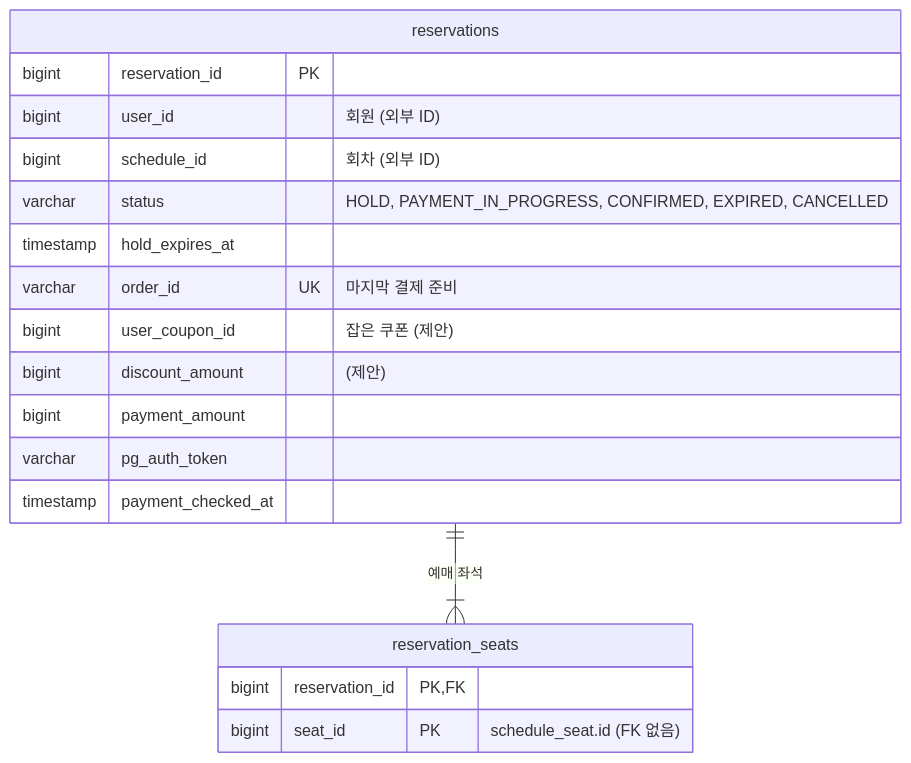
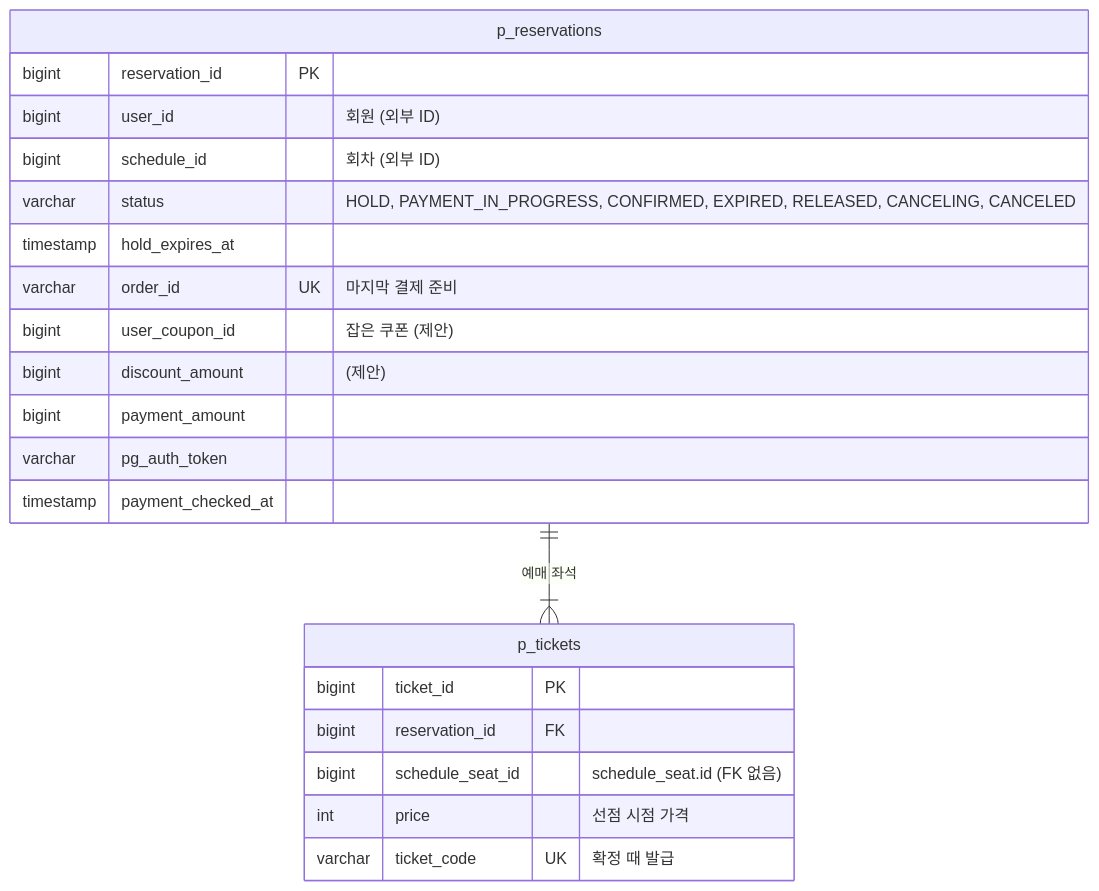
The diagram in docs/reservation/tables.md (Good-Ticket-Service/ticket), drawn with Mermaid before and after one commit. The commit also changed other lines of this file and 3 other files, not shown here.

````diff
--- a/docs/reservation/tables.md
+++ b/docs/reservation/tables.md
@@ -10,23 +10,26 @@
 ```mermaid
 erDiagram
-    reservations ||--|{ reservation_seats : "예매 좌석"
+    p_reservations ||--|{ p_tickets : "예매 좌석"
 
-    reservations {
+    p_reservations {
         bigint reservation_id PK
         bigint user_id "회원 (외부 ID)"
         bigint schedule_id "회차 (외부 ID)"
-        varchar status "HOLD, PAYMENT_IN_PROGRESS, CONFIRMED, EXPIRED, CANCELLED"
+        varchar status "HOLD, PAYMENT_IN_PROGRESS, CONFIRMED, EXPIRED, RELEASED, CANCELING, CANCELED"
         timestamp hold_expires_at
         varchar order_id UK "마지막 결제 준비"
         bigint user_coupon_id "잡은 쿠폰 (제안)"
         bigint discount_amount "(제안)"
         bigint payment_amount
         varchar pg_auth_token
         timestamp payment_checked_at
     }
 
-    reservation_seats {
-        bigint reservation_id PK, FK
-        bigint seat_id PK "schedule_seat.id (FK 없음)"
+    p_tickets {
+        bigint ticket_id PK
+        bigint reservation_id FK
+        bigint schedule_seat_id "schedule_seat.id (FK 없음)"
+        int price "선점 시점 가격"
+        varchar ticket_code UK "확정 때 발급"
     }
 ```
````
